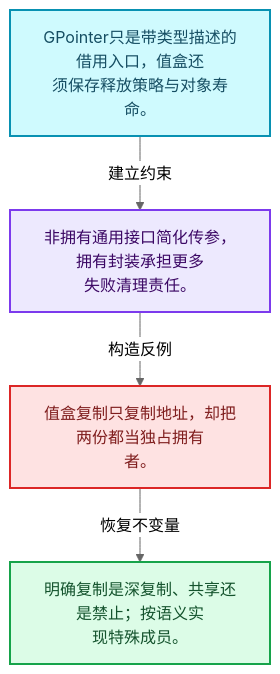
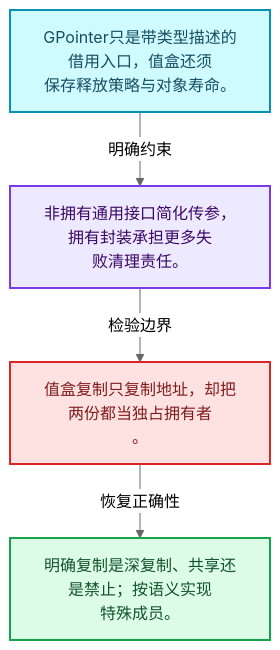
The first of 4 diagrams in 杂/markdown/全面学习-codex/03-内存分配与运行时类型/12-异构值存储实战.md (yunkezengren/blender-.vscode), drawn with Mermaid (neutral theme) before and after one commit. The commit also changed other lines of this file and 1930 other files, not shown here.

````diff
--- a/杂/markdown/全面学习-codex/03-内存分配与运行时类型/12-异构值存储实战.md
+++ b/杂/markdown/全面学习-codex/03-内存分配与运行时类型/12-异构值存储实战.md
@@ -29,16 +29,16 @@
 ```mermaid
 flowchart TB
-  M["GPointer只是带类型描述的借用入口，值盒还<br/>须保存释放策略与对象寿命。"]:::data
-  T["非拥有通用接口简化传参，拥有封装承担更多<br/>失败清理责任。"]:::abstraction
-  X["值盒复制只复制地址，却把两份都当独占拥有<br/>者。"]:::error
-  A["明确复制是深复制、共享还是禁止；按语义实<br/>现特殊成员。"]:::result
-  M -->|"建立约束"| T
-  T -->|"构造反例"| X
-  X -->|"恢复不变量"| A
+  M["GPointer只是带类型描述的借用入口，值盒还须<br/>保存释放策略与对象寿命。"]:::data
+  C["非拥有通用接口简化传参，拥有封装承担更多失<br/>败清理责任。"]:::abstraction
+  B["值盒复制只复制地址，却把两份都当独占拥有者<br/>。"]:::error
+  R["明确复制是深复制、共享还是禁止；按语义实现<br/>特殊成员。"]:::result
+  M -->|"明确约束"| C
+  C -->|"检验边界"| B
+  B -->|"恢复正确性"| R
   classDef input fill:#DBEAFE,stroke:#2563EB,color:#172554,stroke-width:2px;
   classDef data fill:#CFFAFE,stroke:#0891B2,color:#164E63,stroke-width:2px;
   classDef abstraction fill:#EDE9FE,stroke:#7C3AED,color:#3B0764,stroke-width:2px;
   classDef compute fill:#FEF3C7,stroke:#D97706,color:#78350F,stroke-width:2px;
   classDef result fill:#DCFCE7,stroke:#16A34A,color:#14532D,stroke-width:2px;
   classDef error fill:#FEE2E2,stroke:#DC2626,color:#7F1D1D,stroke-width:2px;
 ```
````
